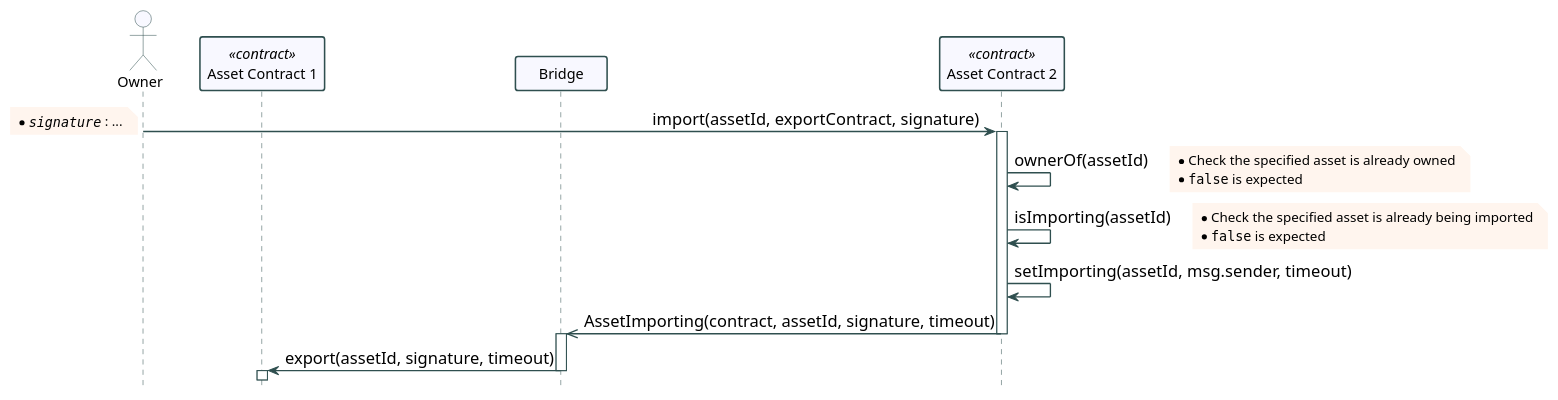
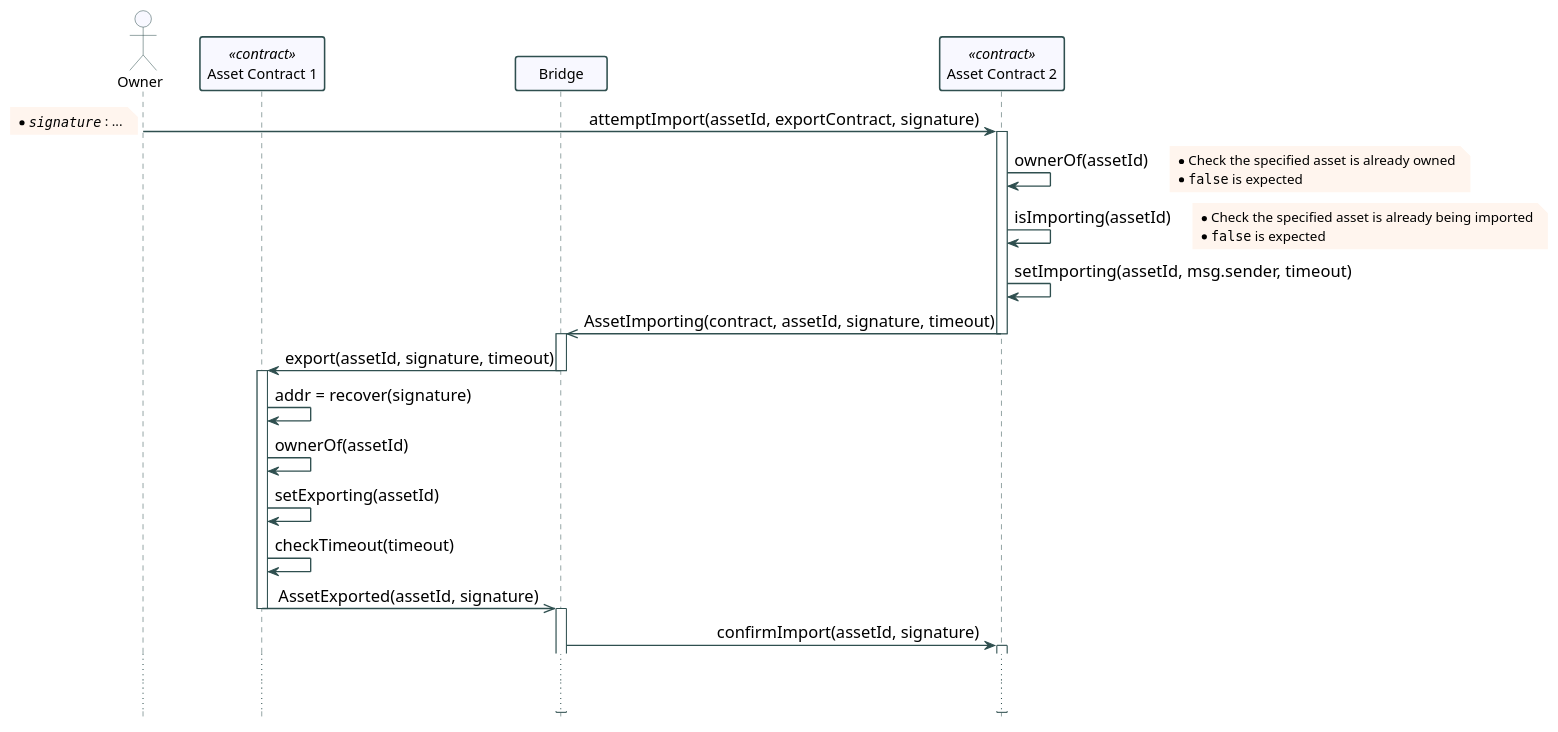
The diagram in blockchain/htlc/nft-cross-chain-workflow-2.plantuml (3rdstage/models), drawn with PlantUML before and after one commit. The commit also changed 1 other file, not shown here.

```diff
--- a/blockchain/htlc/nft-cross-chain-workflow-2.plantuml
+++ b/blockchain/htlc/nft-cross-chain-workflow-2.plantuml
@@ -1,93 +1,104 @@
 @startuml
 
 ' https://plantuml.com/class-diagram
 ' https://plantuml.com/sequence-diagram
 ' https://plantuml-documentation.readthedocs.io/en/latest/formatting/all-skin-params.html
 ' https://plantuml-documentation.readthedocs.io/en/latest/formatting/all-skin-params.html#class
 ' https://plantuml.com/creole
 ' https://www.w3schools.com/colors/colors_names.asp
 
 skinparam {
   'DefaultFontName Consolas
   DefaultFontName Monaco
   'DefaultFontName Lucida Console
   'DefaultMonospacedFontName Consolas
   'DefaultFontStyle bold
   
   BackgroundColor transparent
   PageMargin 10
   BoxPadding 100
   ParticipantPadding 20
 
   ArrowFontSize 16
   ArrowThickness 1
   MinClassWidth 75
   ClassFontStyle bold
   
   NoteBackgroundColor SeaShell
   NoteBorderColor transparent
   NoteShadowing false
 }
 
 skinparam Sequence{
   DividerBorderThickness 1.5
   ReferenceBorderThickness 1.5
   MessageAlignment right
 
   ArrowColor DarkSlateGray
   ArrowThickness 1.3
   LifeLineBorderColor DarkSlateGray
   LifeLineBorderThickness 1.3
 
   ActorBorderColor DarkSlateGray
   ActorBackgroundColor GhostWhite
   ParticipantBorderColor DarkSlateGray
   ParticipantBorderThickness 1.5
   ParticipantBackgroundColor GhostWhite
 
   BoxBackgroundColor transparent
   BoxBorderColor transparent
   
   GroupBorderThickness 1.3
   GroupBorderColor DarkBlue
   GroupBodyBackgroundColor Azure
 }
 
 skinparam Group{
   BorderThickness 1.3
   BorderShadowing true
 }
 
 hide Circle
 hide Footbox
 'caption Python 3 Collections
 
 
 Actor Owner as owner
 Participant "Asset Contract 1" as cntr1 <<contract>>
 Participant "Bridge" as bridge
 Participant "Asset Contract 2" as cntr2 <<contract>>
 
-owner -> cntr2 ++ : import(assetId, exportContract, signature)
+owner -> cntr2 ++ : attemptImport(assetId, exportContract, signature)
   note left
     * //""signature""// : ...
   end note
   cntr2 -> cntr2 : ownerOf(assetId)
     note right 
       *  Check the specified asset is already owned 
       *  ""false"" is expected
     end note
   cntr2 -> cntr2 : isImporting(assetId)
     note right 
       * Check the specified asset is already being imported 
       * ""false"" is expected
     end note
   cntr2 -> cntr2 : setImporting(assetId, msg.sender, timeout)
   cntr2 ->> bridge : AssetImporting(contract, assetId, signature, timeout)
   cntr2 --
   bridge ++
   bridge -> cntr1 : export(assetId, signature, timeout)
   bridge --
   cntr1 ++
+  cntr1 -> cntr1 : addr = recover(signature)
+  cntr1 -> cntr1 : ownerOf(assetId)
+  cntr1 -> cntr1 : setExporting(assetId)
+  cntr1 -> cntr1 : checkTimeout(timeout)
+  cntr1 ->> bridge : AssetExported(assetId, signature)
+  cntr1 --
+  bridge ++
+  bridge -> cntr2 ++ : confirmImport(assetId, signature)
+  
+...
+...
   
 @enduml
```
